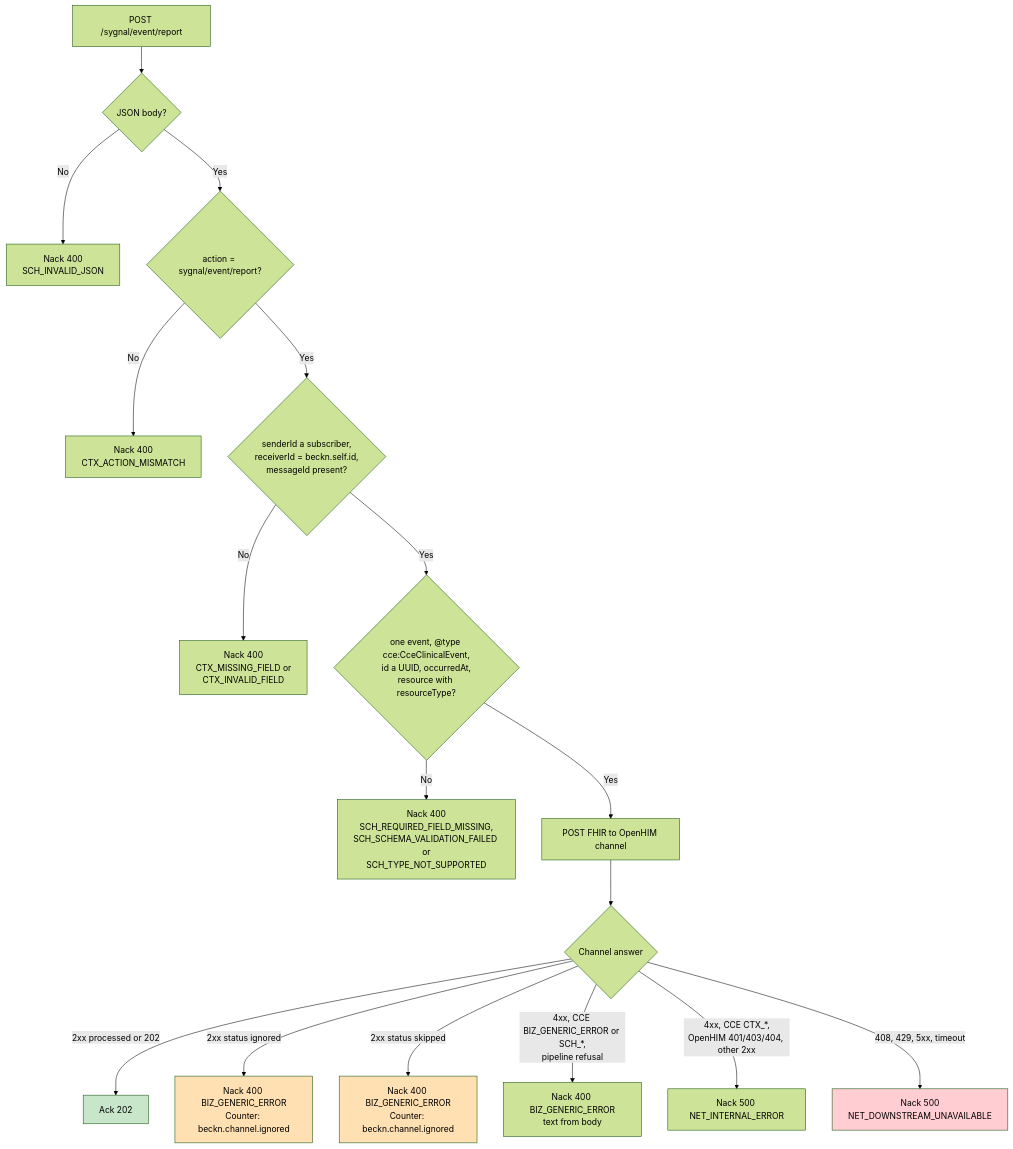
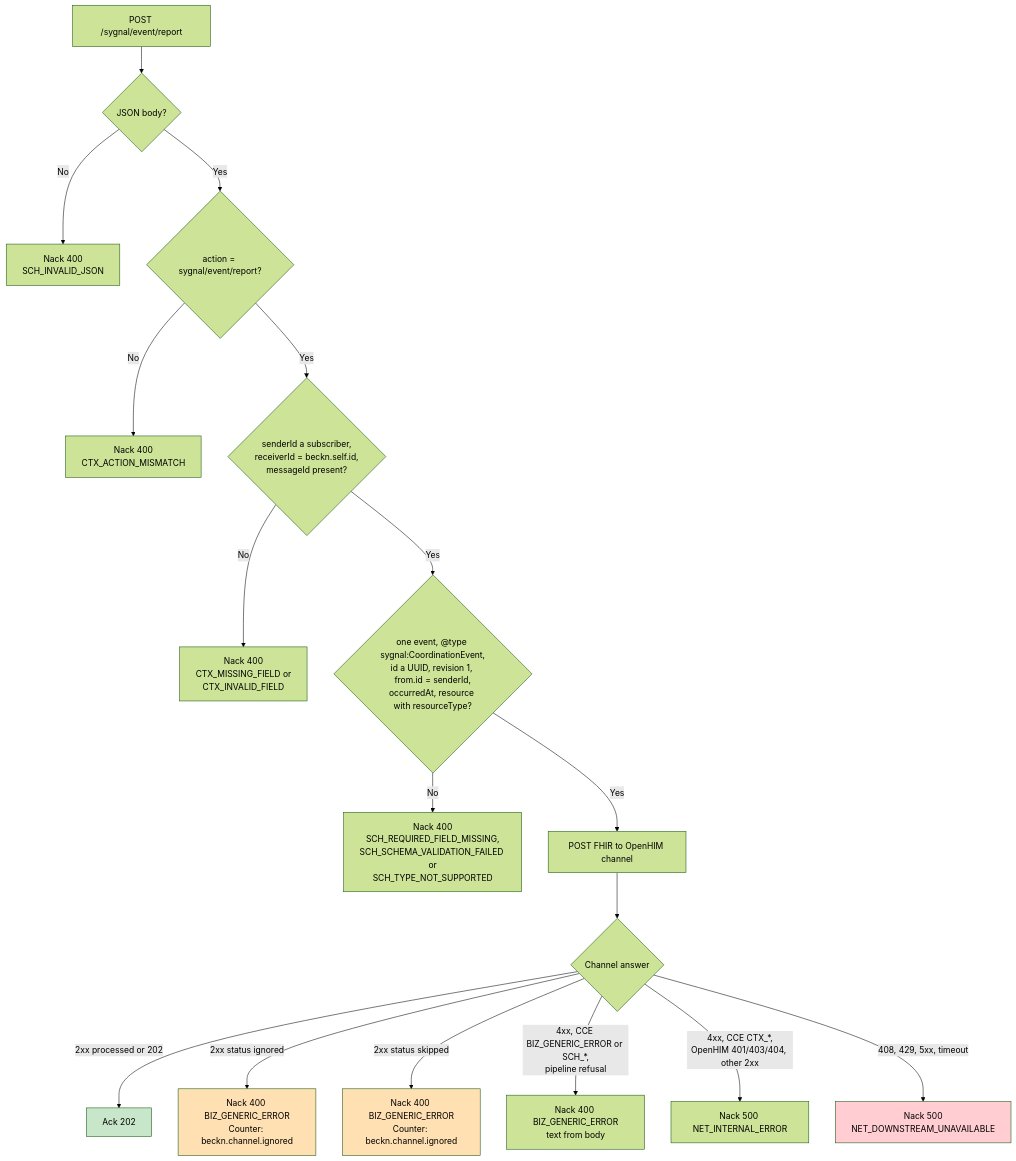
Before and after one commit to openphc/openhim-cce-emitter-adaptor: the tenth of 11 diagrams in docs/flow-diagrams.md, drawn with Mermaid (forest theme). The commit also changed other lines of this file and 22 other files, not shown here.

````diff
--- a/docs/flow-diagrams.md
+++ b/docs/flow-diagrams.md
@@ -425,24 +425,24 @@
 ```mermaid
 flowchart TD
     A[POST /sygnal/event/report] --> J{JSON body?}
     J -->|No| N7[Nack 400<br/>SCH_INVALID_JSON]
     J -->|Yes| B{action = sygnal/event/report?}
     B -->|No| N0[Nack 400<br/>CTX_ACTION_MISMATCH]
     B -->|Yes| C{senderId a subscriber,<br/>receiverId = beckn.self.id,<br/>messageId present?}
     C -->|No| N1[Nack 400<br/>CTX_MISSING_FIELD or<br/>CTX_INVALID_FIELD]
-    C -->|Yes| D{one event, @type cce:CceClinicalEvent,<br/>id a UUID, occurredAt,<br/>resource with resourceType?}
+    C -->|Yes| D{one event, @type sygnal:CoordinationEvent,<br/>id a UUID, revision 1, from.id = senderId,<br/>occurredAt, resource with resourceType?}
     D -->|No| N2[Nack 400<br/>SCH_REQUIRED_FIELD_MISSING,<br/>SCH_SCHEMA_VALIDATION_FAILED or<br/>SCH_TYPE_NOT_SUPPORTED]
     D -->|Yes| E[POST FHIR to OpenHIM channel]
     E --> F{Channel answer}
     F -->|2xx processed or 202| ACK[Ack 202]
     F -->|2xx status ignored| N3[Nack 400 BIZ_GENERIC_ERROR<br/>Counter: beckn.channel.ignored]
     F -->|2xx status skipped| N4[Nack 400 BIZ_GENERIC_ERROR<br/>Counter: beckn.channel.ignored]
     F -->|4xx, CCE BIZ_GENERIC_ERROR or SCH_*,<br/>pipeline refusal| N5[Nack 400 BIZ_GENERIC_ERROR<br/>text from body]
     F -->|4xx, CCE CTX_*,<br/>OpenHIM 401/403/404, other 2xx| N6[Nack 500 NET_INTERNAL_ERROR]
     F -->|408, 429, 5xx, timeout| S[Nack 500<br/>NET_DOWNSTREAM_UNAVAILABLE]
 
     style ACK fill:#c8e6c9
     style N3 fill:#ffe0b2
     style N4 fill:#ffe0b2
     style S fill:#ffcdd2
 ```
````
